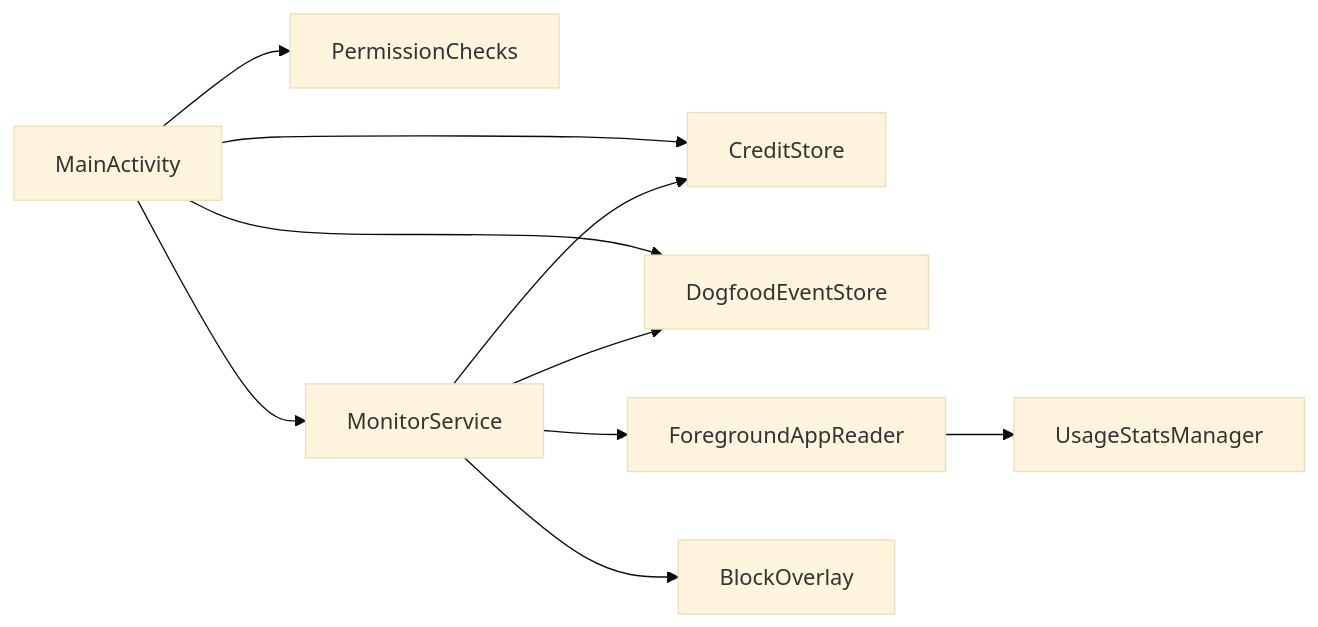
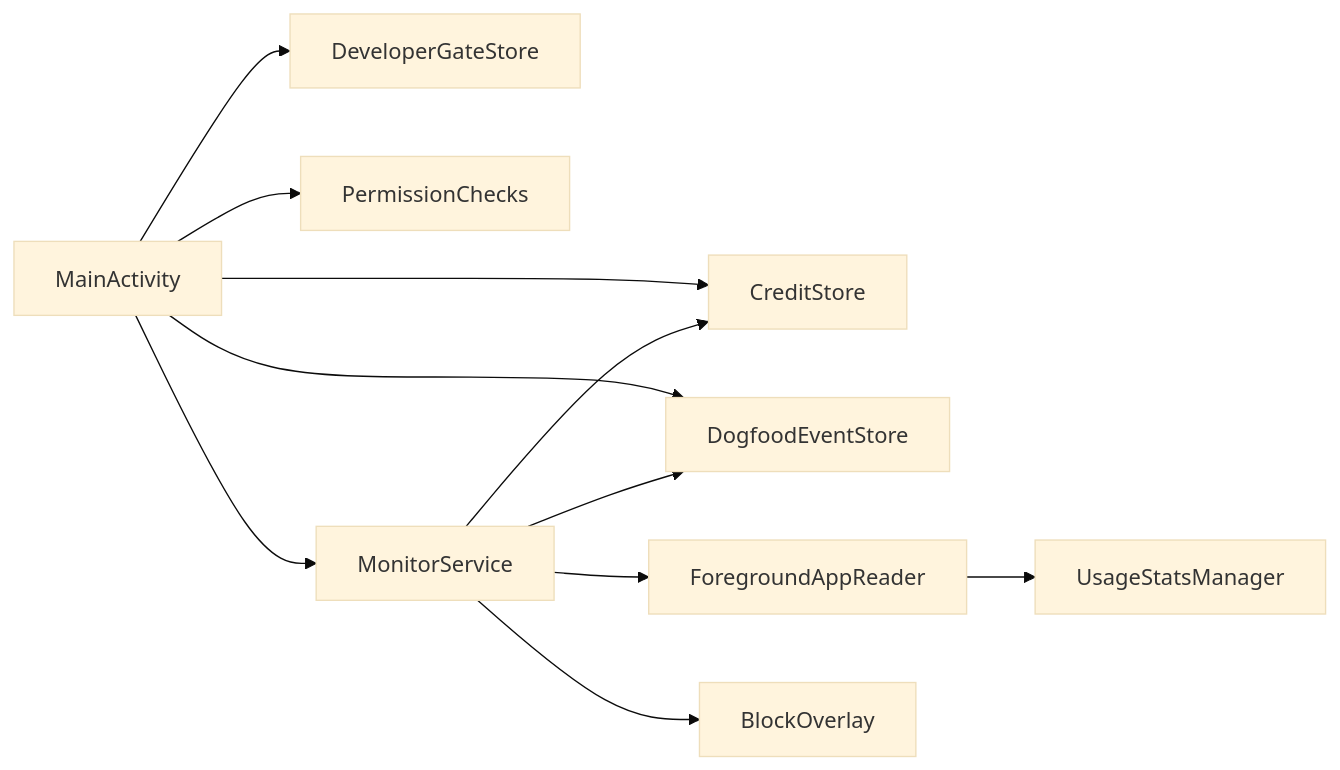
The first of 3 diagrams in docs/app-design.md (pigpgw/commit-to-unlock), drawn with Mermaid (base theme) before and after one commit. The commit also changed other lines of this file and 2 other files, not shown here.

Commit message:
Document developer-only product tone

````diff
--- a/docs/app-design.md
+++ b/docs/app-design.md
@@ -69,12 +86,13 @@
 ```mermaid
 flowchart LR
   A["MainActivity"] --> B["CreditStore"]
+  A --> I["DeveloperGateStore"]
   A --> C["PermissionChecks"]
   A --> D["MonitorService"]
   A --> H["DogfoodEventStore"]
   D --> E["ForegroundAppReader"]
   D --> B
   D --> F["BlockOverlay"]
   D --> H
   E --> G["UsageStatsManager"]
 ```
````
